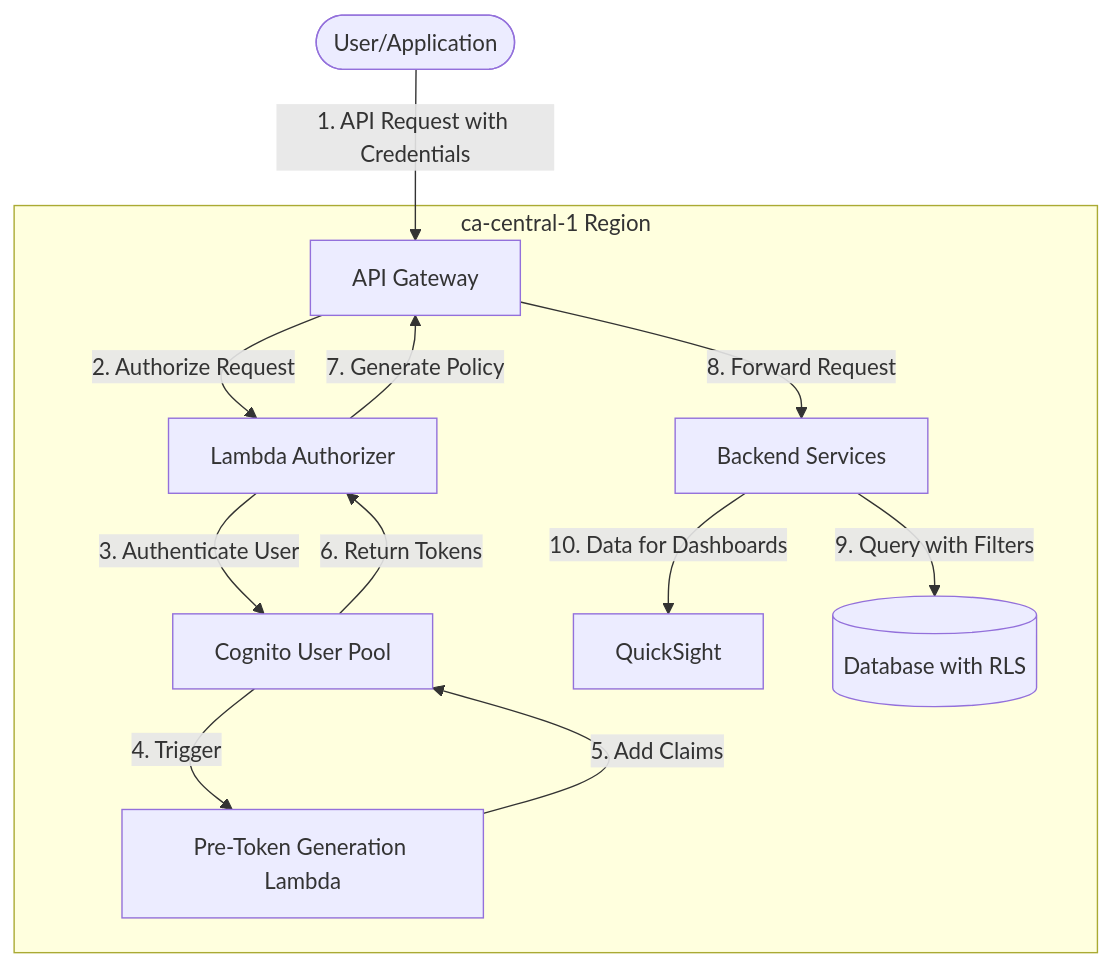
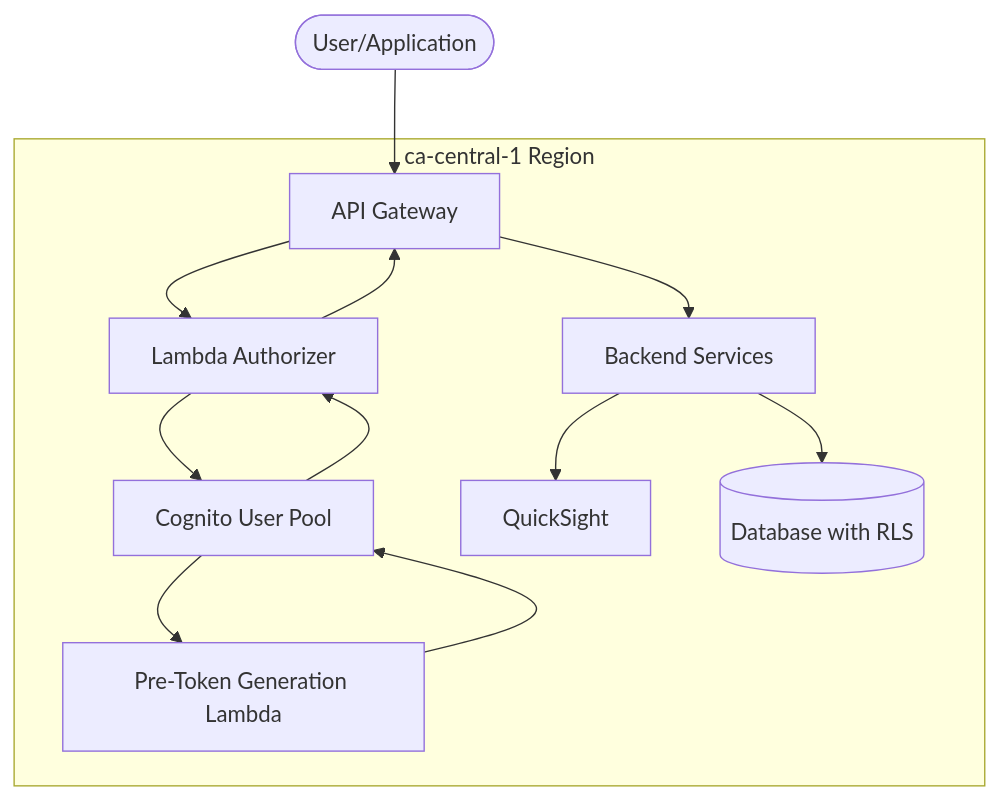
Before and after one commit to hugger-beep/private1: the third of 3 diagrams in alternative1.md, drawn with Mermaid.

````diff
--- a/alternative1.md
+++ b/alternative1.md
@@ -89,30 +89,31 @@
 ``` mermaid
 flowchart TB
     User([User/Application])
     
     subgraph "ca-central-1 Region"
         APIGateway[API Gateway]
         Authorizer[Lambda Authorizer]
         Cognito[Cognito User Pool]
         PreTokenLambda[Pre-Token Generation Lambda]
         Backend[Backend Services]
         QuickSight[QuickSight]
         Database[(Database with RLS)]
     end
     
-    User -->|1. API Request with Credentials| APIGateway
-    APIGateway -->|2. Authorize Request| Authorizer
-    Authorizer -->|3. Authenticate User| Cognito
-    Cognito -->|4. Trigger| PreTokenLambda
-    PreTokenLambda -->|5. Add Claims| Cognito
-    Cognito -->|6. Return Tokens| Authorizer
-    Authorizer -->|7. Generate Policy| APIGateway
-    APIGateway -->|8. Forward Request| Backend
-    Backend -->|9. Query with Filters| Database
-    Backend -->|10. Data for Dashboards| QuickSight
+    User --> APIGateway
+    APIGateway --> Authorizer
+    Authorizer --> Cognito
+    Cognito --> PreTokenLambda
+    PreTokenLambda --> Cognito
+    Cognito --> Authorizer
+    Authorizer --> APIGateway
+    APIGateway --> Backend
+    Backend --> Database
+    Backend --> QuickSight
     
     class User fill:#f9f,stroke:#333,stroke-width:2px
     class APIGateway,Authorizer,Backend fill:#bbf,stroke:#333,stroke-width:2px
     class Cognito,PreTokenLambda fill:#fbb,stroke:#333,stroke-width:2px
     class QuickSight,Database fill:#bfb,stroke:#333,stroke-width:2px
+
 ```
````
